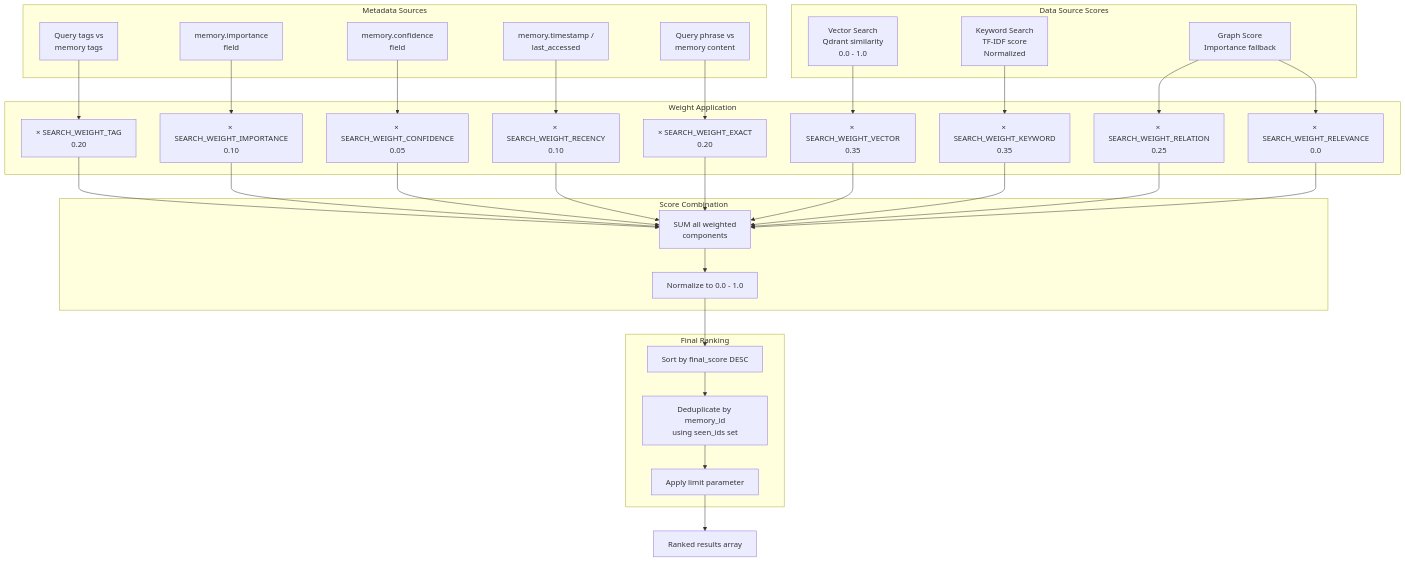
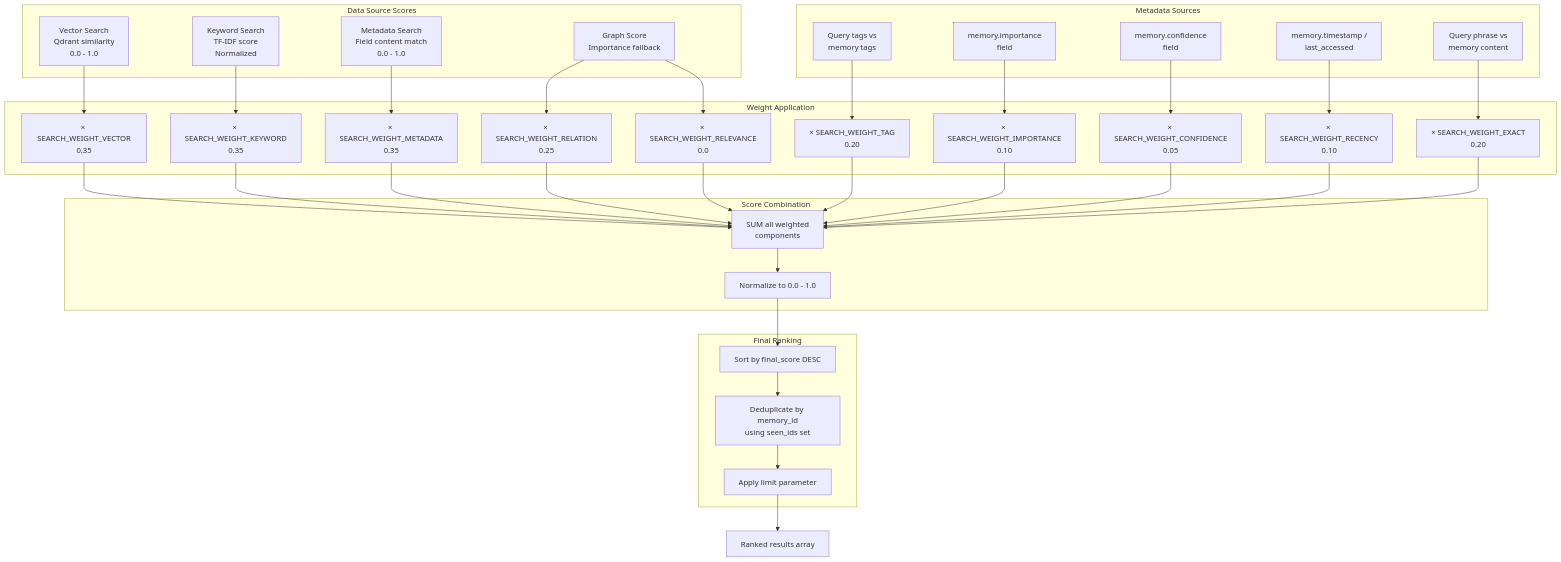
The third of 3 diagrams in src/content/docs/docs/core-concepts/hybrid-search.md (verygoodplugins/automem-website), drawn with Mermaid before and after one commit. The commit also changed other lines of this file, not shown here.

First line of the commit message:
docs: fix drift in Hybrid Search (#194)

````diff
--- a/src/content/docs/docs/core-concepts/hybrid-search.md
+++ b/src/content/docs/docs/core-concepts/hybrid-search.md
@@ -229,67 +234,71 @@
 ```mermaid
 flowchart TD
     subgraph sources ["Data Source Scores"]
         VS["Vector Search<br/>Qdrant similarity<br/>0.0 - 1.0"]
         KS["Keyword Search<br/>TF-IDF score<br/>Normalized"]
+        MS["Metadata Search<br/>Field content match<br/>0.0 - 1.0"]
         GS["Graph Score<br/>Importance fallback"]
     end
 
     subgraph metadata ["Metadata Sources"]
         TagSrc["Query tags vs<br/>memory tags"]
         ImpSrc["memory.importance<br/>field"]
         ConfSrc["memory.confidence<br/>field"]
         RecSrc["memory.timestamp /<br/>last_accessed"]
         ExSrc["Query phrase vs<br/>memory content"]
     end
 
     subgraph weights ["Weight Application"]
         VW["× SEARCH_WEIGHT_VECTOR<br/>0.35"]
         KW["× SEARCH_WEIGHT_KEYWORD<br/>0.35"]
+        MW["× SEARCH_WEIGHT_METADATA<br/>0.35"]
         TagW["× SEARCH_WEIGHT_TAG<br/>0.20"]
         IW["× SEARCH_WEIGHT_IMPORTANCE<br/>0.10"]
         ConfW["× SEARCH_WEIGHT_CONFIDENCE<br/>0.05"]
         RecW["× SEARCH_WEIGHT_RECENCY<br/>0.10"]
         ExW["× SEARCH_WEIGHT_EXACT<br/>0.20"]
         RW["× SEARCH_WEIGHT_RELATION<br/>0.25"]
         CtxW["× SEARCH_WEIGHT_RELEVANCE<br/>0.0"]
     end
 
     subgraph combination ["Score Combination"]
         Sum["SUM all weighted<br/>components"]
         Normalize["Normalize to 0.0 - 1.0"]
     end
 
     subgraph output ["Final Ranking"]
         Sort["Sort by final_score DESC"]
         Dedup["Deduplicate by memory_id<br/>using seen_ids set"]
         Limit["Apply limit parameter"]
     end
 
     Results["Ranked results array"]
 
     VS --> VW
     KS --> KW
+    MS --> MW
     TagSrc --> TagW
     ImpSrc --> IW
     ConfSrc --> ConfW
     RecSrc --> RecW
     ExSrc --> ExW
     GS --> RW
     GS --> CtxW
 
     VW --> Sum
     KW --> Sum
+    MW --> Sum
     TagW --> Sum
     IW --> Sum
     ConfW --> Sum
     RecW --> Sum
     ExW --> Sum
     RW --> Sum
     CtxW --> Sum
 
     Sum --> Normalize
     Normalize --> Sort
     Sort --> Dedup
     Dedup --> Limit
     Limit --> Results
 ```
````
